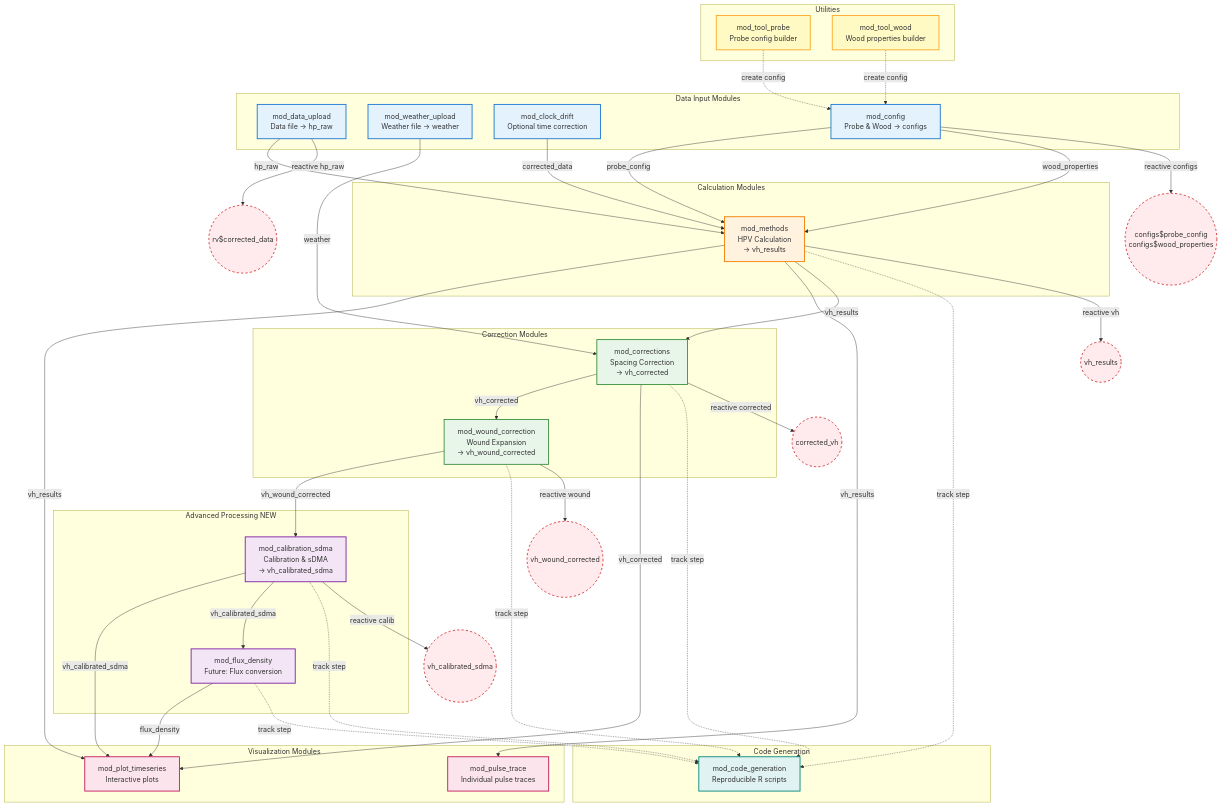
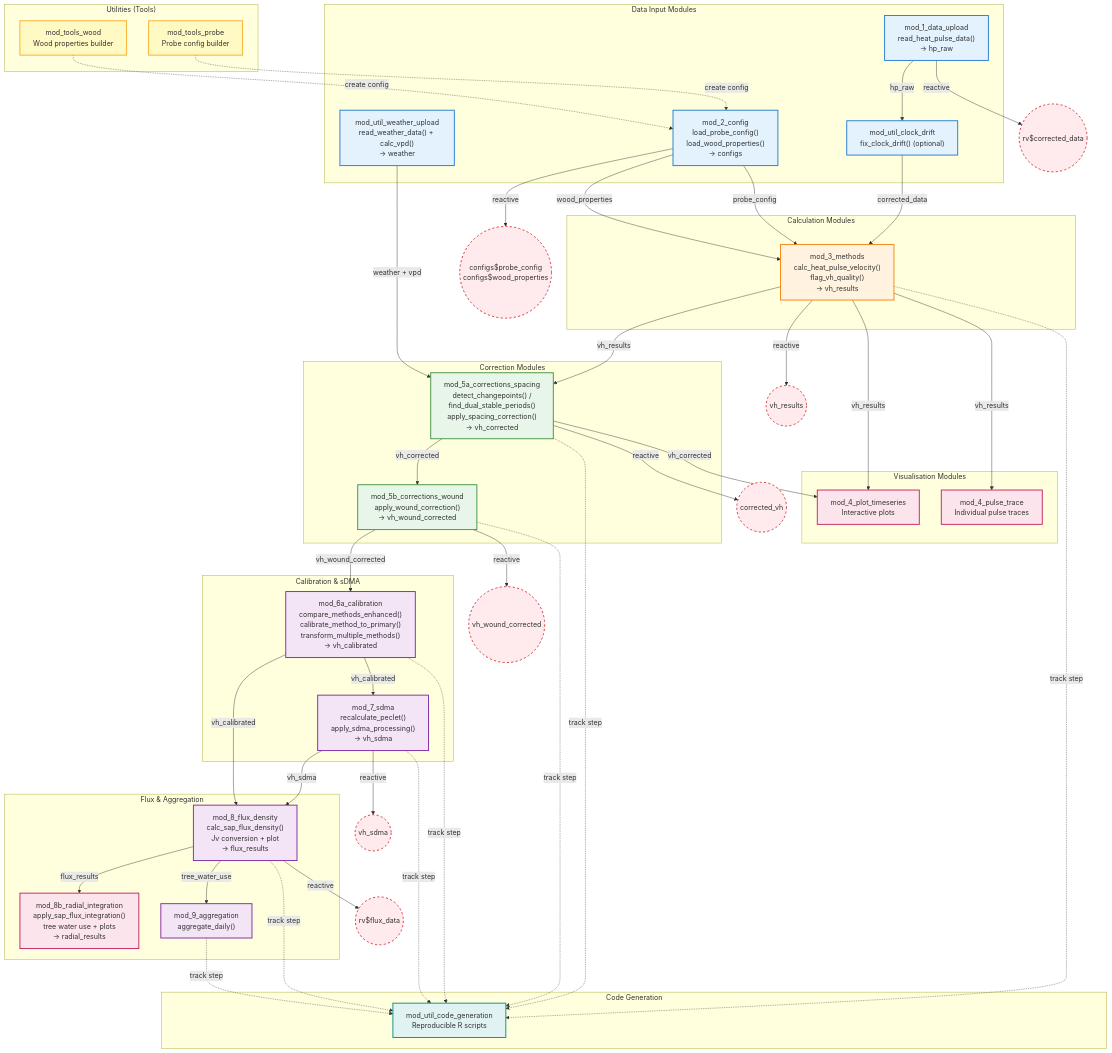
One commit to neez777/shiny-sapfluxr changed the diagram in MODULE_INTERACTIONS.mmd. Above: the diagram before and after it, drawn with Mermaid. The commit also changed 6 other files, not shown here.

```diff
--- a/MODULE_INTERACTIONS.mmd
+++ b/MODULE_INTERACTIONS.mmd
@@ -1,97 +1,108 @@
 %% Module Interaction Diagram
-%% Shows how Shiny modules pass data to each other
+%% Shows how Shiny modules pass data to each other and which
+%% sapfluxr functions each module calls.
 
 graph TB
     subgraph "Data Input Modules"
-        M1[mod_data_upload<br/>Data file → hp_raw]
-        M2[mod_weather_upload<br/>Weather file → weather]
-        M3[mod_clock_drift<br/>Optional time correction]
-        M4[mod_config<br/>Probe & Wood → configs]
+        M1["mod_1_data_upload<br/>read_heat_pulse_data()<br/>-> hp_raw"]
+        M2["mod_util_weather_upload<br/>read_weather_data() + calc_vpd()<br/>-> weather"]
+        M3["mod_util_clock_drift<br/>fix_clock_drift() (optional)"]
+        M4["mod_2_config<br/>load_probe_config()<br/>load_wood_properties()<br/>-> configs"]
     end
 
     subgraph "Calculation Modules"
-        M5[mod_methods<br/>HPV Calculation<br/>→ vh_results]
+        M5["mod_3_methods<br/>calc_heat_pulse_velocity()<br/>flag_vh_quality()<br/>-> vh_results"]
     end
 
-    subgraph "Visualization Modules"
-        M6[mod_plot_timeseries<br/>Interactive plots]
-        M7[mod_pulse_trace<br/>Individual pulse traces]
+    subgraph "Visualisation Modules"
+        M6["mod_4_plot_timeseries<br/>Interactive plots"]
+        M7["mod_4_pulse_trace<br/>Individual pulse traces"]
     end
 
     subgraph "Correction Modules"
-        M8[mod_corrections<br/>Spacing Correction<br/>→ vh_corrected]
-        M9[mod_wound_correction<br/>Wound Expansion<br/>→ vh_wound_corrected]
+        M8["mod_5a_corrections_spacing<br/>detect_changepoints() /<br/>find_dual_stable_periods()<br/>apply_spacing_correction()<br/>-> vh_corrected"]
+        M9["mod_5b_corrections_wound<br/>apply_wound_correction()<br/>-> vh_wound_corrected"]
     end
 
-    subgraph "Advanced Processing NEW"
-        M10[mod_calibration_sdma<br/>Calibration & sDMA<br/>→ vh_calibrated_sdma]
-        M11[mod_flux_density<br/>Future: Flux conversion]
+    subgraph "Calibration & sDMA"
+        M10a["mod_6a_calibration<br/>compare_methods_enhanced()<br/>calibrate_method_to_primary()<br/>transform_multiple_methods()<br/>-> vh_calibrated"]
+        M10b["mod_7_sdma<br/>recalculate_peclet()<br/>apply_sdma_processing()<br/>-> vh_sdma"]
+    end
+
+    subgraph "Flux & Aggregation"
+        M11["mod_8_flux_density<br/>calc_sap_flux_density()<br/>Jv conversion + plot<br/>-> flux_results"]
+        M15["mod_8b_radial_integration<br/>apply_sap_flux_integration()<br/>tree water use + plots<br/>-> radial_results"]
+        M16["mod_9_aggregation<br/>aggregate_daily()"]
     end
 
     subgraph "Code Generation"
-        M12[mod_code_generation<br/>Reproducible R scripts]
+        M12["mod_util_code_generation<br/>Reproducible R scripts"]
     end
 
-    subgraph "Utilities"
-        M13[mod_tool_probe<br/>Probe config builder]
-        M14[mod_tool_wood<br/>Wood properties builder]
+    subgraph "Utilities (Tools)"
+        M13["mod_tools_probe<br/>Probe config builder"]
+        M14["mod_tools_wood<br/>Wood properties builder"]
     end
 
     %% Data Flow
-    M1 -->|hp_raw| M5
-    M2 -->|weather| M8
+    M1 -->|hp_raw| M3
     M3 -->|corrected_data| M5
     M4 -->|probe_config| M5
     M4 -->|wood_properties| M5
 
     M5 -->|vh_results| M6
     M5 -->|vh_results| M7
     M5 -->|vh_results| M8
 
+    M2 -->|weather + vpd| M8
     M8 -->|vh_corrected| M9
     M8 -->|vh_corrected| M6
 
-    M9 -->|vh_wound_corrected| M10
+    M9 -->|vh_wound_corrected| M10a
+    M10a -->|vh_calibrated| M10b
+    M10b -->|vh_sdma| M11
+    M10a -->|vh_calibrated| M11
 
-    M10 -->|vh_calibrated_sdma| M6
-    M10 -->|vh_calibrated_sdma| M11
-
-    M11 -->|flux_density| M6
+    M11 -->|flux_results| M15
+    M11 -->|tree_water_use| M16
 
     %% Code Tracking
     M5 -.->|track step| M12
     M8 -.->|track step| M12
     M9 -.->|track step| M12
-    M10 -.->|track step| M12
+    M10a -.->|track step| M12
+    M10b -.->|track step| M12
     M11 -.->|track step| M12
+    M16 -.->|track step| M12
 
     %% Config builders
     M13 -.->|create config| M4
     M14 -.->|create config| M4
 
     %% Reactive Dependencies
-    M1 -->|reactive hp_raw| RV1((rv$corrected_data))
-    M4 -->|reactive configs| RV2((configs$probe_config<br/>configs$wood_properties))
-    M5 -->|reactive vh| RV3((vh_results))
-    M8 -->|reactive corrected| RV4((corrected_vh))
-    M9 -->|reactive wound| RV5((vh_wound_corrected))
-    M10 -->|reactive calib| RV6((vh_calibrated_sdma))
+    M1 -->|reactive| RV1((rv$corrected_data))
+    M4 -->|reactive| RV2((configs$probe_config<br/>configs$wood_properties))
+    M5 -->|reactive| RV3((vh_results))
+    M8 -->|reactive| RV4((corrected_vh))
+    M9 -->|reactive| RV5((vh_wound_corrected))
+    M10b -->|reactive| RV6((vh_sdma))
+    M11 -->|reactive| RV7((rv$flux_data))
 
     %% Styling
     classDef inputMod fill:#e3f2fd,stroke:#1976d2,stroke-width:2px
     classDef calcMod fill:#fff3e0,stroke:#f57c00,stroke-width:2px
     classDef visMod fill:#fce4ec,stroke:#c2185b,stroke-width:2px
     classDef correctMod fill:#e8f5e9,stroke:#388e3c,stroke-width:2px
     classDef advMod fill:#f3e5f5,stroke:#7b1fa2,stroke-width:2px
     classDef codeMod fill:#e0f2f1,stroke:#00897b,stroke-width:2px
     classDef utilMod fill:#fff9c4,stroke:#f9a825,stroke-width:2px
     classDef reactiveVal fill:#ffebee,stroke:#d32f2f,stroke-width:2px,stroke-dasharray: 5 5
 
     class M1,M2,M3,M4 inputMod
     class M5 calcMod
-    class M6,M7 visMod
+    class M6,M7,M15 visMod
     class M8,M9 correctMod
-    class M10,M11 advMod
+    class M10a,M10b,M11,M16 advMod
     class M12 codeMod
     class M13,M14 utilMod
-    class RV1,RV2,RV3,RV4,RV5,RV6 reactiveVal
+    class RV1,RV2,RV3,RV4,RV5,RV6,RV7 reactiveVal
```
